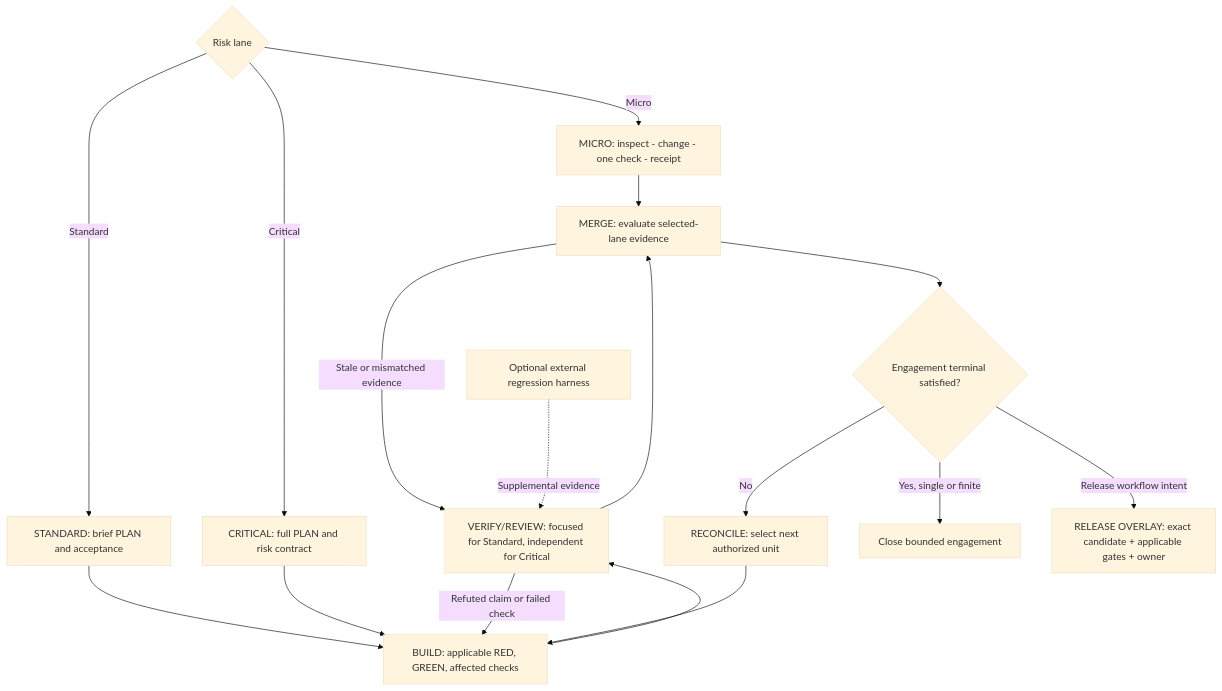
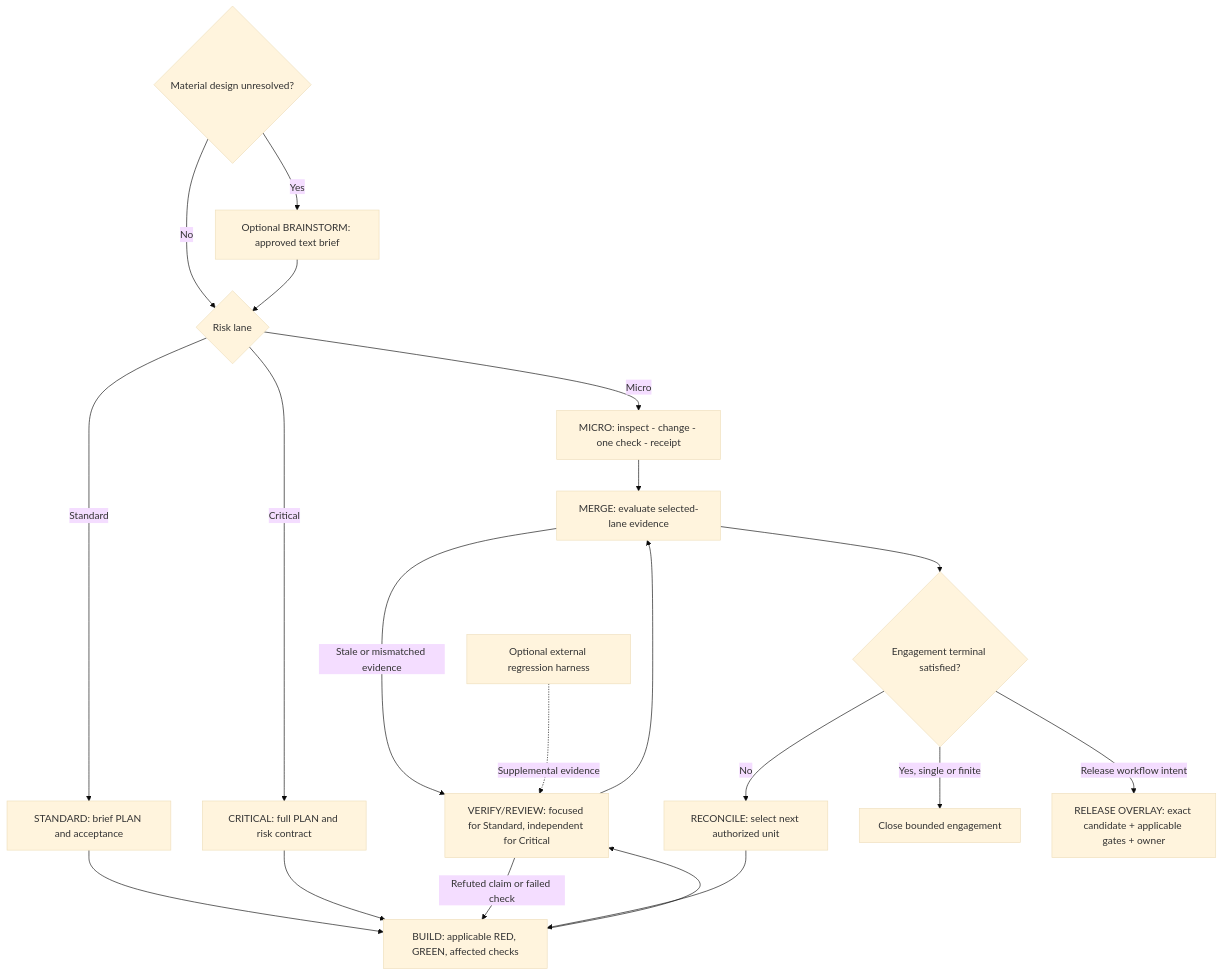
One commit to scottconverse/dev-rigor-stack-lite changed the second of 2 diagrams in docs/architecture.md. Above: the diagram before and after it, drawn with Mermaid (base theme). The commit also changed other lines of this file and 20 other files, not shown here.

````diff
--- a/docs/architecture.md
+++ b/docs/architecture.md
@@ -45,20 +45,24 @@
 ```mermaid
 flowchart TD
+    Brief{"Material design unresolved?"}
+    Brief -- "Yes" --> Brainstorm["Optional BRAINSTORM: approved text brief"]
+    Brief -- "No" --> Route
+    Brainstorm --> Route
     Route{"Risk lane"}
     Route -- "Micro" --> Micro["MICRO: inspect - change - one check - receipt"]
     Route -- "Standard" --> Plan["STANDARD: brief PLAN and acceptance"]
     Route -- "Critical" --> Critical["CRITICAL: full PLAN and risk contract"]
     Plan --> Build["BUILD: applicable RED, GREEN, affected checks"]
     Critical --> Build
     Build --> Verify["VERIFY/REVIEW: focused for Standard, independent for Critical"]
     Verify --> Merge["MERGE: evaluate selected-lane evidence"]
     Micro --> Merge
     Verify -- "Refuted claim or failed check" --> Build
     Merge -- "Stale or mismatched evidence" --> Verify
     Merge --> Reconcile{"Engagement terminal satisfied?"}
     Reconcile -- "No" --> Select["RECONCILE: select next authorized unit"]
     Select --> Build
     Reconcile -- "Yes, single or finite" --> Close["Close bounded engagement"]
     Reconcile -- "Release workflow intent" --> Release["RELEASE OVERLAY: exact candidate + applicable gates + owner"]
     Harness["Optional external regression harness"] -. "Supplemental evidence" .-> Verify
 ```
````
